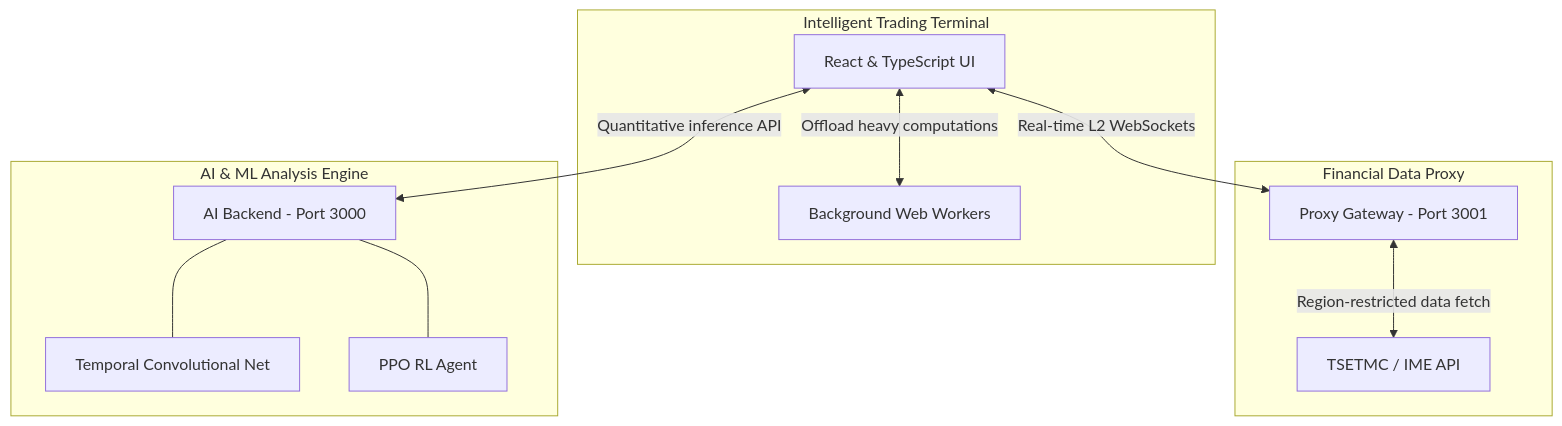
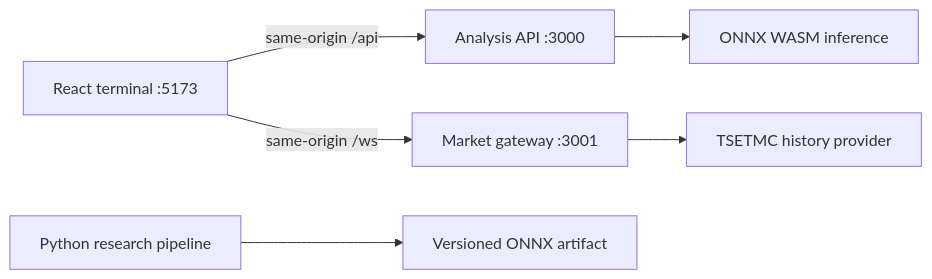
One commit to amir-hdri/Intelligences-Trader changed the diagram in README.md. Above: the diagram before and after it, drawn with Mermaid. The commit also changed other lines of this file and 88 other files, not shown here.

Commit message:
fix: harden trading simulator and ML pipeline

````diff
--- a/README.md
+++ b/README.md
@@ -15,25 +9,8 @@
 ```mermaid
-graph TD
-    subgraph Client Layer [Intelligent Trading Terminal]
-        FE[React & TypeScript UI]
-        WW[Background Web Workers]
-        FE <-->|Offload heavy computations| WW
-    end
-
-    subgraph Service Layer [Financial Data Proxy]
-        DP[Proxy Gateway - Port 3001]
-        TSE[TSETMC / IME API]
-        DP <-->|Region-restricted data fetch| TSE
-    end
-
-    subgraph Quant Layer [AI & ML Analysis Engine]
-        AE[AI Backend - Port 3000]
-        TCN[Temporal Convolutional Net]
-        PPO[PPO RL Agent]
-        AE --- TCN
-        AE --- PPO
-    end
-
-    FE <-->|Real-time L2 WebSockets| DP
-    FE <-->|Quantitative inference API| AE
+graph LR
+  UI[React terminal :5173] -->|same-origin /api| ML[Analysis API :3000]
+  UI -->|same-origin /ws| GW[Market gateway :3001]
+  GW --> TSE[TSETMC history provider]
+  ML --> ONNX[ONNX WASM inference]
+  PY[Python research pipeline] --> MODEL[Versioned ONNX artifact]
 ```
````
